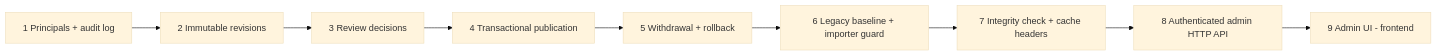
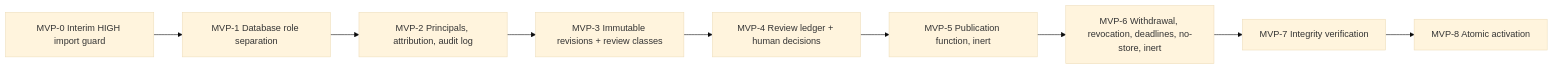
The sixth of 6 diagrams in docs/guide-legal-review-publication-architecture.md (life-in-uk/backend), drawn with Mermaid (base theme) before and after one commit. The commit also changed other lines of this file, not shown here.

Commit message:
docs: refine Guide review and publication architecture (#46)

````diff
--- a/docs/guide-legal-review-publication-architecture.md
+++ b/docs/guide-legal-review-publication-architecture.md
@@ -604,11 +706,11 @@
 ```mermaid
 flowchart LR
-    I1[1 Principals + audit log] --> I2[2 Immutable revisions]
-    I2 --> I3[3 Review decisions]
-    I3 --> I4[4 Transactional publication]
-    I4 --> I5[5 Withdrawal + rollback]
-    I5 --> I6[6 Legacy baseline + importer guard]
-    I6 --> I7[7 Integrity check + cache headers]
-    I7 --> I8[8 Authenticated admin HTTP API]
-    I8 --> I9[9 Admin UI - frontend]
+    M0[MVP-0 Interim HIGH import guard] --> M1[MVP-1 Database role separation]
+    M1 --> M2[MVP-2 Principals, attribution, audit log]
+    M2 --> M3[MVP-3 Immutable revisions + review classes]
+    M3 --> M4[MVP-4 Review ledger + human decisions]
+    M4 --> M5[MVP-5 Publication function, inert]
+    M5 --> M6[MVP-6 Withdrawal, revocation, deadlines, no-store, inert]
+    M6 --> M7[MVP-7 Integrity verification]
+    M7 --> M8[MVP-8 Atomic activation]
 ```
````
